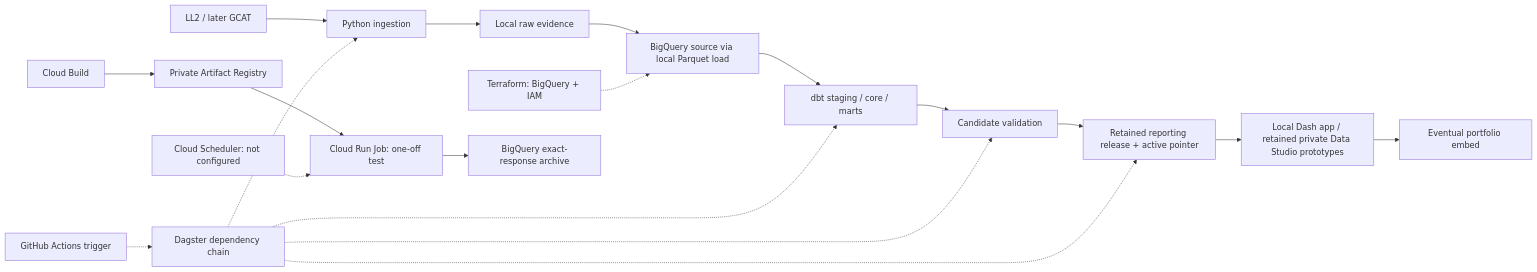
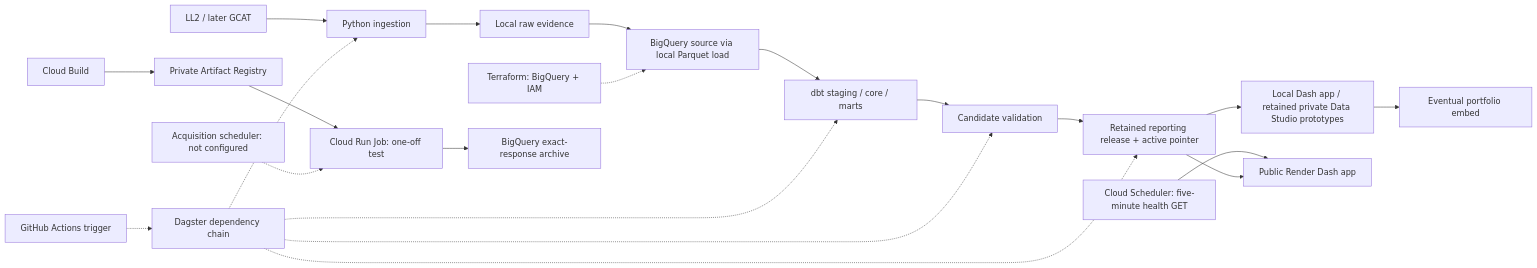
Before and after one commit to RM3006/orbital-pulse: the second of 2 diagrams in ARCHITECTURE.md, drawn with Mermaid. The commit also changed other lines of this file and 7 other files, not shown here.

Commit message:
feat: activate verified Cloud Scheduler health pings

````diff
--- a/ARCHITECTURE.md
+++ b/ARCHITECTURE.md
@@ -97,21 +98,23 @@
 ```mermaid
 flowchart LR
     Public[LL2 / later GCAT] --> Ingest[Python ingestion]
     Ingest --> Raw[Local raw evidence]
     Raw --> Warehouse[BigQuery source via local Parquet load]
     Warehouse --> Models[dbt staging / core / marts]
     Models --> Checks[Candidate validation]
     Checks --> Release[Retained reporting release + active pointer]
     Release --> BI[Local Dash app / retained private Data Studio prototypes]
     BI --> Portfolio[Eventual portfolio embed]
     Terraform[Terraform: BigQuery + IAM] -.-> Warehouse
     Actions[GitHub Actions trigger] -.-> Dagster[Dagster dependency chain]
     Dagster -.-> Ingest
     Dagster -.-> Models
     Dagster -.-> Checks
     Dagster -.-> Release
     CloudBuild[Cloud Build] --> Registry[Private Artifact Registry]
     Registry --> CloudRun[Cloud Run Job: one-off test]
     CloudRun --> RawArchive[BigQuery exact-response archive]
-    Scheduler[Cloud Scheduler: not configured] -.-> CloudRun
+    AcquisitionScheduler[Acquisition scheduler: not configured] -.-> CloudRun
+    HealthScheduler[Cloud Scheduler: five-minute health GET] --> Render[Public Render Dash app]
+    Release --> Render
 ```
````
